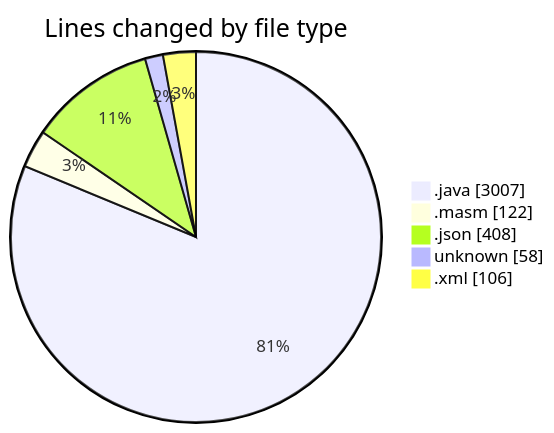
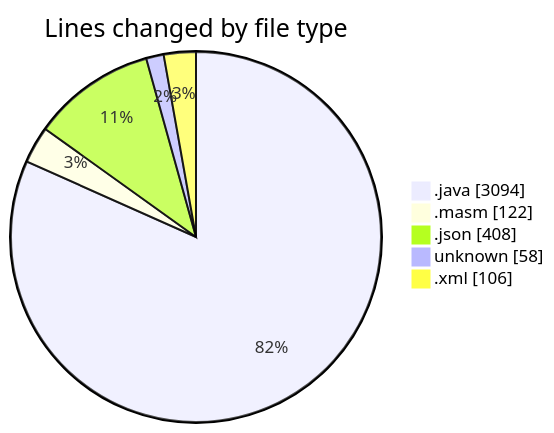
Before and after one commit to charlie-sans/code-tracking: the first of 2 diagrams in 2025-02-19/masm/README.md, drawn with Mermaid. The commit also changed other lines of this file and 1 other file, not shown here.

````diff
--- a/2025-02-19/masm/README.md
+++ b/2025-02-19/masm/README.md
@@ -36,9 +37,9 @@
 ```mermaid
 pie showData
 title Lines changed by file type
-".java" : 3007
+".java" : 3094
 ".masm" : 122
 ".json" : 408
 "unknown" : 58
 ".xml" : 106
 ```
````
